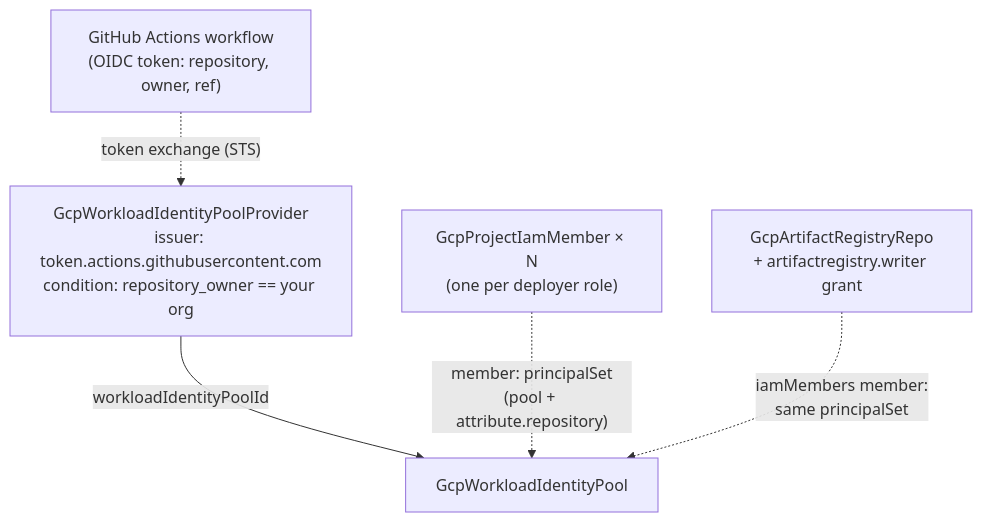
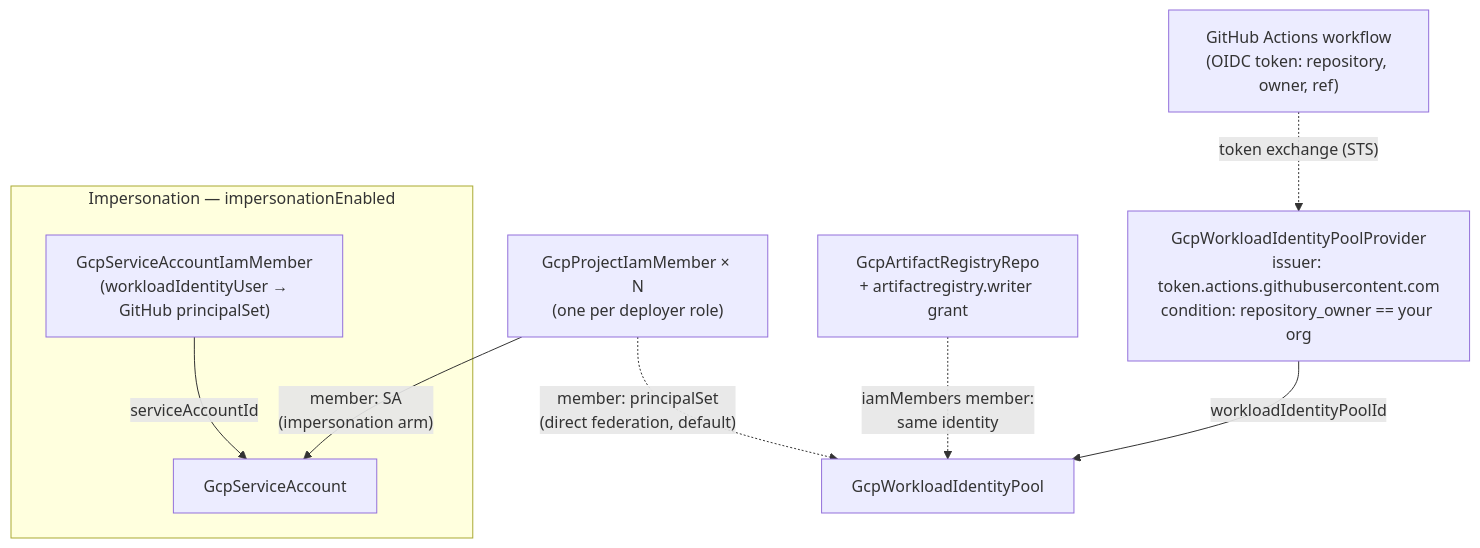
Before and after one commit to plantonhq/openmcf: the diagram in charts/gcp/github-actions-keyless-deployer/README.md, drawn with Mermaid. The commit also changed other lines of this file and 13 other files, not shown here.

First line of the commit message:
feat(charts): adopt resource-scoped IAM grants in the gcp state-backend and keyless-deployer charts

````diff
--- a/charts/gcp/github-actions-keyless-deployer/README.md
+++ b/charts/gcp/github-actions-keyless-deployer/README.md
@@ -30,13 +34,19 @@
 ```mermaid
 flowchart TB
     Workflow["GitHub Actions workflow<br/>(OIDC token: repository, owner, ref)"]
     Pool[GcpWorkloadIdentityPool]
     Provider["GcpWorkloadIdentityPoolProvider<br/>issuer: token.actions.githubusercontent.com<br/>condition: repository_owner == your org"]
     Grants["GcpProjectIamMember × N<br/>(one per deployer role)"]
     Registry["GcpArtifactRegistryRepo<br/>+ artifactregistry.writer grant"]
+    subgraph imp [Impersonation — impersonationEnabled]
+        DeployerSA[GcpServiceAccount]
+        ImpGrant["GcpServiceAccountIamMember<br/>(workloadIdentityUser →<br/>GitHub principalSet)"]
+        ImpGrant -->|serviceAccountId| DeployerSA
+    end
 
     Provider -->|workloadIdentityPoolId| Pool
     Workflow -.->|"token exchange (STS)"| Provider
-    Grants -.->|"member: principalSet<br/>(pool + attribute.repository)"| Pool
-    Registry -.->|"iamMembers member:<br/>same principalSet"| Pool
+    Grants -.->|"member: principalSet<br/>(direct federation, default)"| Pool
+    Grants -->|"member: SA<br/>(impersonation arm)"| DeployerSA
+    Registry -.->|"iamMembers member:<br/>same identity"| Pool
 ```
````
